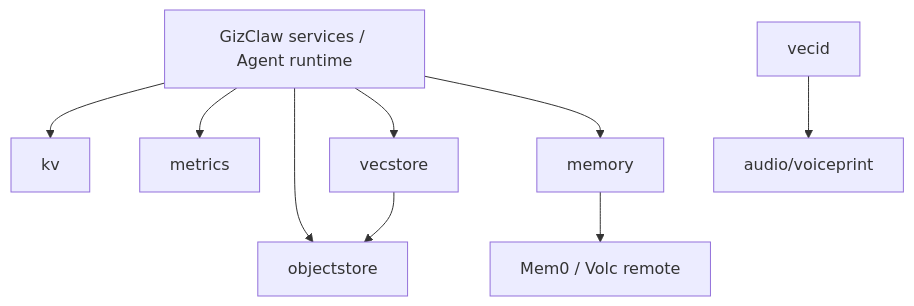
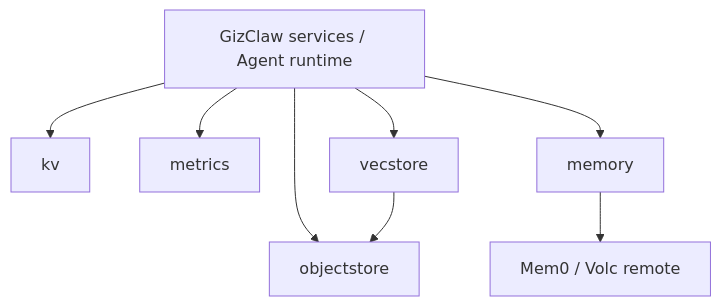
Before and after one commit to GizClaw/gizclaw: the diagram in guides/en/developing/stores/overview.md, drawn with Mermaid. The commit also changed other lines of this file and 197 other files, not shown here.

````diff
--- a/guides/en/developing/stores/overview.md
+++ b/guides/en/developing/stores/overview.md
@@ -31,11 +31,10 @@
 ```mermaid
 flowchart TB
     Domains["GizClaw services / Agent runtime"] --> KV["kv"]
     Domains --> Metrics["metrics"]
     Domains --> Objects["objectstore"]
     Domains --> Vectors["vecstore"]
     Domains --> Memory["memory"]
     Memory --> Remote["Mem0 / Volc remote"]
     Vectors --> Objects
-    VecID["vecid"] --> Voiceprint["audio/voiceprint"]
 ```
````
